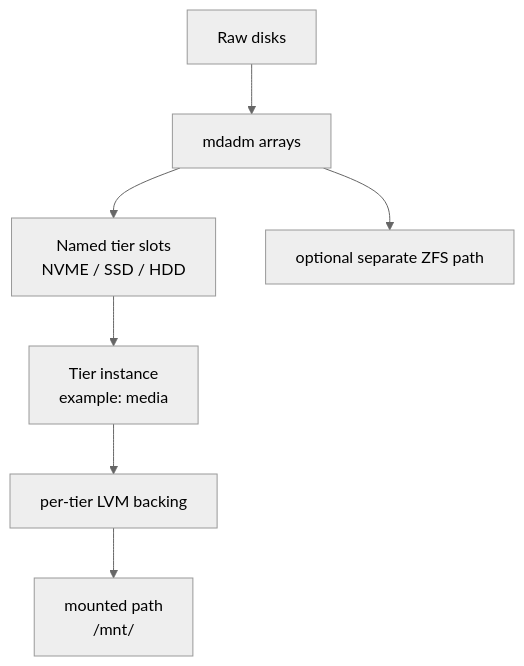
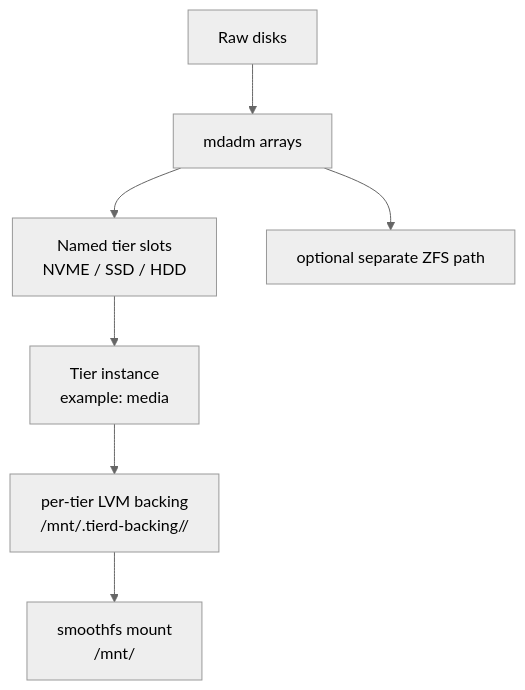
Before and after one commit to RakuenSoftware/smoothnas: the second of 3 diagrams in README.md, drawn with Mermaid (neutral theme). The commit also changed other lines of this file and 375 other files, not shown here.

````diff
--- a/README.md
+++ b/README.md
@@ -139,9 +149,9 @@
 ```mermaid
 flowchart TD
     Disks["Raw disks"] --> Arrays["mdadm arrays"]
     Arrays --> TierSlots["Named tier slots\nNVME / SSD / HDD"]
     TierSlots --> TierInstance["Tier instance\nexample: media"]
-    TierInstance --> LVM["per-tier LVM backing"]
-    LVM --> Mount["mounted path\n/mnt/<tier-name>"]
+    TierInstance --> LVM["per-tier LVM backing\n/mnt/.tierd-backing/<pool>/<tier>"]
+    LVM --> Smoothfs["smoothfs mount\n/mnt/<tier-name>"]
     Arrays --> ZFS["optional separate ZFS path"]
 ```
````
